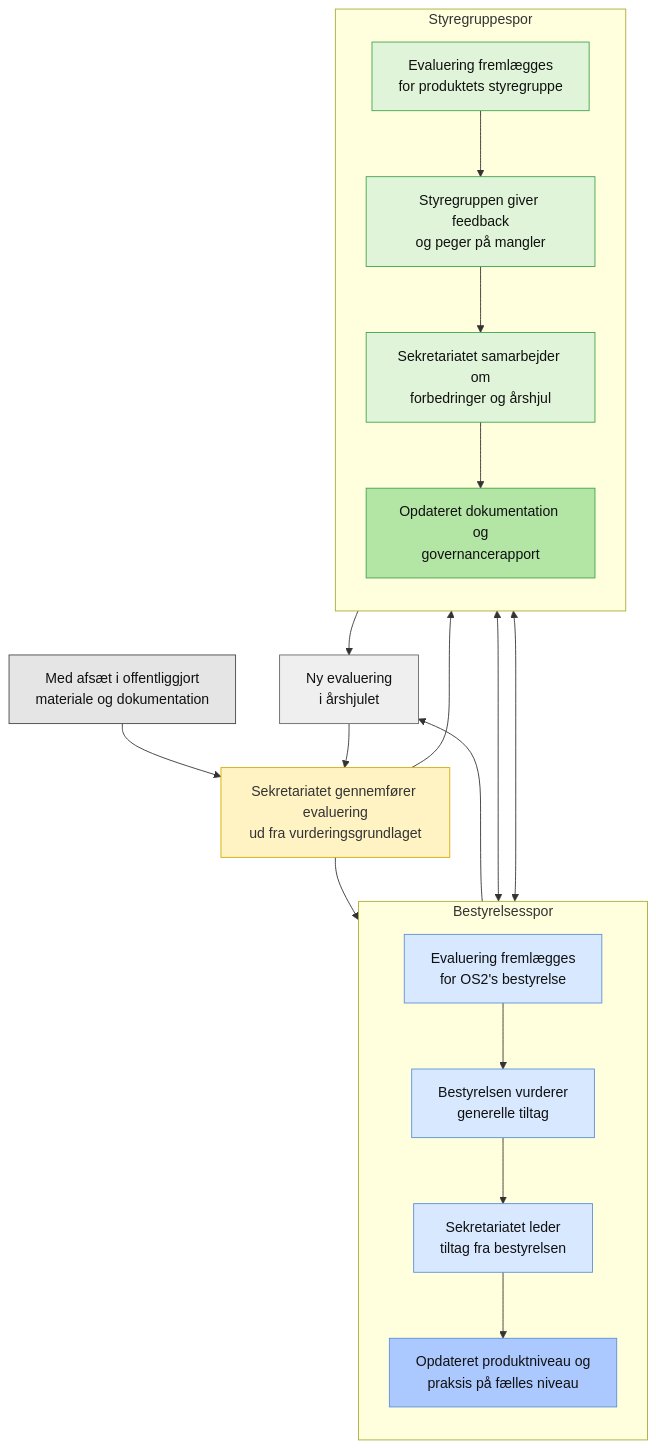
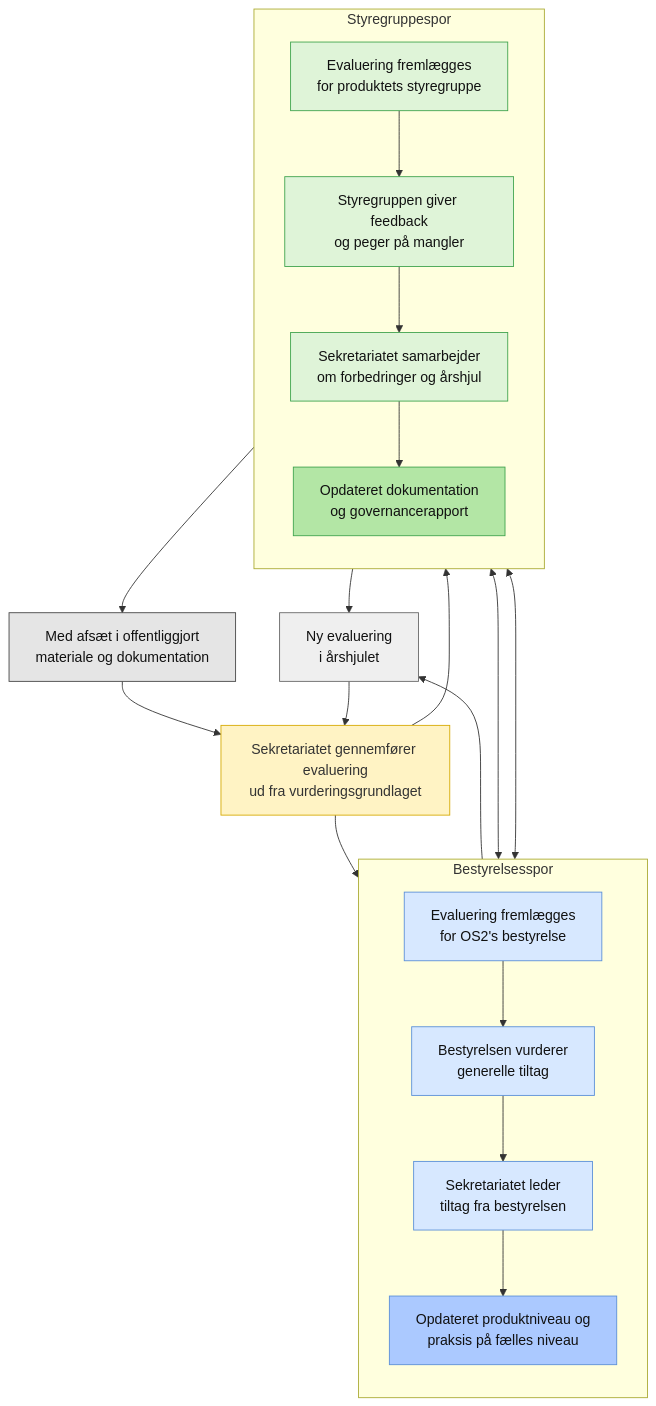
One commit to OS2offdig/os2-product-reviews changed the diagram in docs/audits.md. Above: the diagram before and after it, drawn with Mermaid. The commit also changed 4 other files, not shown here.

````diff
--- a/docs/audits.md
+++ b/docs/audits.md
@@ -19,63 +19,64 @@
 ```mermaid
 flowchart TD
 
 %% --- Styles ---
 classDef start fill:#E5E5E5,stroke:#444,color:#111;
 classDef eval fill:#FFF3C4,stroke:#D6A900,color:#333;
 
 classDef board fill:#D7E8FF,stroke:#5A8FD8,color:#111;
 classDef boardOut fill:#ABC9FF,stroke:#5A8FD8,color:#111;
 
 classDef sg fill:#DFF4D8,stroke:#3FA34D,color:#111;
 classDef sgOut fill:#B3E6A5,stroke:#3FA34D,color:#111;
 
 classDef loop fill:#EFEFEF,stroke:#666,color:#111;
 
 
 %% --- Top: fælles start ---
 A[Med afsæt i offentliggjort<br/>materiale og dokumentation]:::start
 B[Sekretariatet gennemfører evaluering<br/>ud fra vurderingsgrundlaget]:::eval
 
 A --> B
 
 %% --- Lanes via subgraphs ---
 subgraph L[Bestyrelsesspor]
 direction TB
 C1[Evaluering fremlægges<br/>for OS2's bestyrelse]:::board
 D1[Bestyrelsen vurderer<br/>generelle tiltag]:::board
 E1[Sekretariatet leder<br/>tiltag fra bestyrelsen]:::board
 F1[Opdateret produktniveau og<br/>praksis på fælles niveau]:::boardOut
 end
 
 subgraph R[Styregruppespor]
 direction TB
 C2[Evaluering fremlægges<br/>for produktets styregruppe]:::sg
 D2[Styregruppen giver feedback<br/>og peger på mangler]:::sg
-E2[Sekretariatet samarbejder om<br/>forbedringer og årshjul]:::sg
-F2[Opdateret dokumentation og<br/>governancerapport]:::sgOut
+E2[Sekretariatet samarbejder<br/>om forbedringer og årshjul]:::sg
+F2[Opdateret dokumentation<br/>og governancerapport]:::sgOut
 end
 
 %% --- Flows for sporene ---
 B --> C1
 B --> C2
 
 C1 --> D1
 C2 --> D2
 
 D1 --> E1
 D2 --> E2
 
 E1 --> F1
 E2 --> F2
 
 %% --- Cross-links ---
 D1 <---> D2
 E1 <---> E2
 
 %% --- Bottom loop ---
 G[Ny evaluering<br/>i årshjulet]:::loop
 
 F1 --> G
 F2 --> G
 G --> B
+F2 --> A
 ```
````
